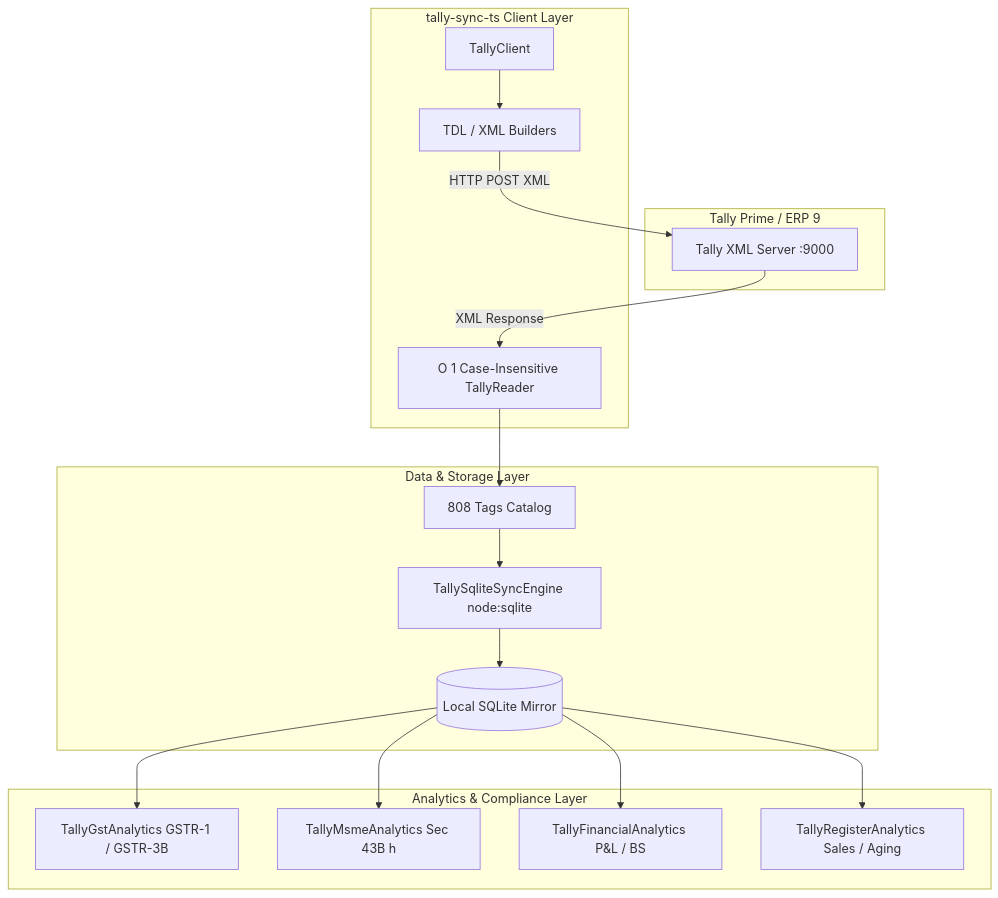
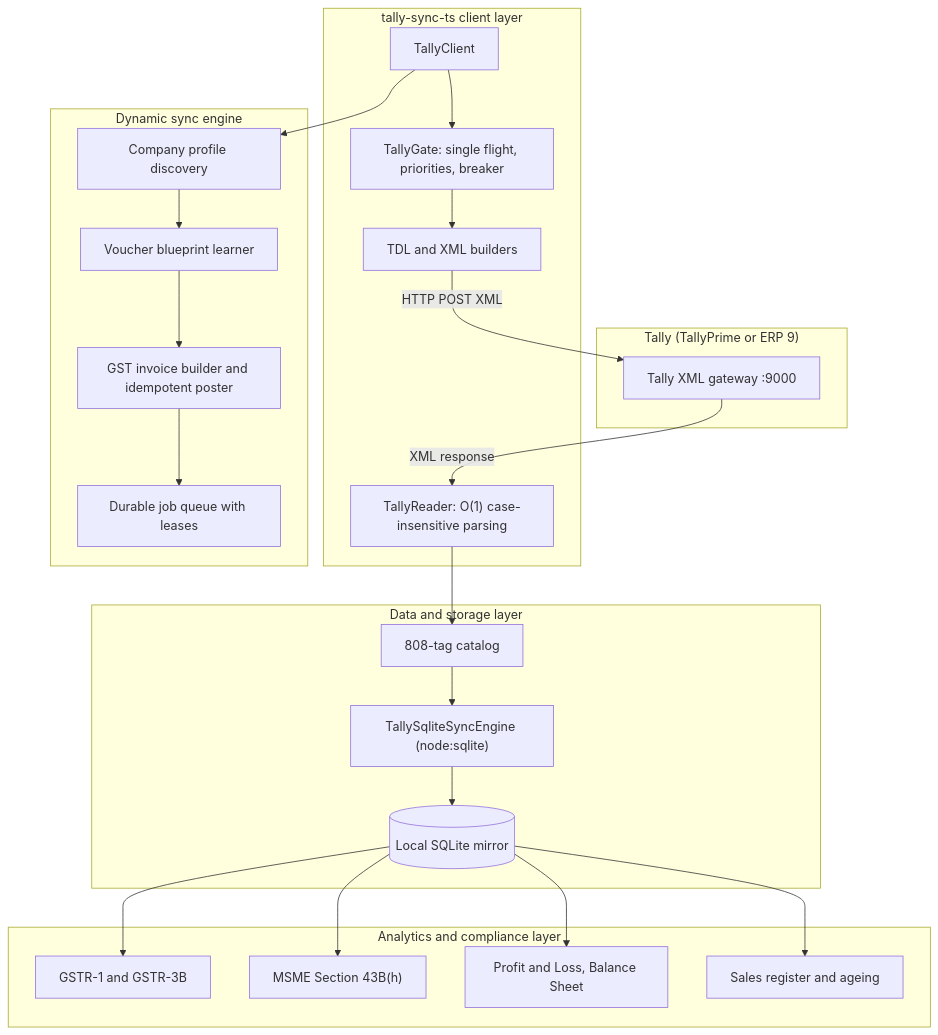
Before and after one commit to GreenHacker420/tally-sync-ts: the diagram in README.md, drawn with Mermaid. The commit also changed 3 other files, not shown here.

Commit message:
docs: fix the Mermaid architecture diagram (quoted labels) and show the gate and dynamic engine; 2.3.4

````diff
--- a/README.md
+++ b/README.md
@@ -80,34 +80,48 @@
 ```mermaid
 flowchart TD
-    subgraph Tally Prime / ERP 9
-        TP[Tally XML Server :9000]
+    subgraph TALLY["Tally (TallyPrime or ERP 9)"]
+        TP["Tally XML gateway :9000"]
     end
 
-    subgraph tally-sync-ts Client Layer
-        TC[TallyClient]
-        TB[TDL / XML Builders]
-        TPRS[O 1 Case-Insensitive TallyReader]
-        TC --> TB
-        TB -->|HTTP POST XML| TP
-        TP -->|XML Response| TPRS
+    subgraph CLIENT["tally-sync-ts client layer"]
+        GATE["TallyGate: single flight, priorities, breaker"]
+        TC["TallyClient"]
+        TB["TDL and XML builders"]
+        TPRS["TallyReader: O(1) case-insensitive parsing"]
+        TC --> GATE
+        GATE --> TB
+        TB -->|"HTTP POST XML"| TP
+        TP -->|"XML response"| TPRS
     end
 
-    subgraph Data & Storage Layer
-        CAT[808 Tags Catalog]
-        ENG[TallySqliteSyncEngine node:sqlite]
+    subgraph ENGINE["Dynamic sync engine"]
+        PROF["Company profile discovery"]
+        BLUE["Voucher blueprint learner"]
+        POST["GST invoice builder and idempotent poster"]
+        QUEUE["Durable job queue with leases"]
+        TC --> PROF
+        PROF --> BLUE
+        BLUE --> POST
+        POST --> QUEUE
+    end
+
+    subgraph STORAGE["Data and storage layer"]
+        CAT["808-tag catalog"]
+        ENG["TallySqliteSyncEngine (node:sqlite)"]
+        DB[("Local SQLite mirror")]
         TPRS --> CAT
         CAT --> ENG
-        ENG --> DB[(Local SQLite Mirror)]
+        ENG --> DB
     end
 
-    subgraph Analytics & Compliance Layer
-        GST[TallyGstAnalytics GSTR-1 / GSTR-3B]
-        MSME[TallyMsmeAnalytics Sec 43B h]
-        FIN[TallyFinancialAnalytics P&L / BS]
-        REG[TallyRegisterAnalytics Sales / Aging]
+    subgraph ANALYTICS["Analytics and compliance layer"]
+        GST["GSTR-1 and GSTR-3B"]
+        MSME["MSME Section 43B(h)"]
+        FIN["Profit and Loss, Balance Sheet"]
+        REG["Sales register and ageing"]
         DB --> GST
         DB --> MSME
         DB --> FIN
         DB --> REG
     end
 ```
````
